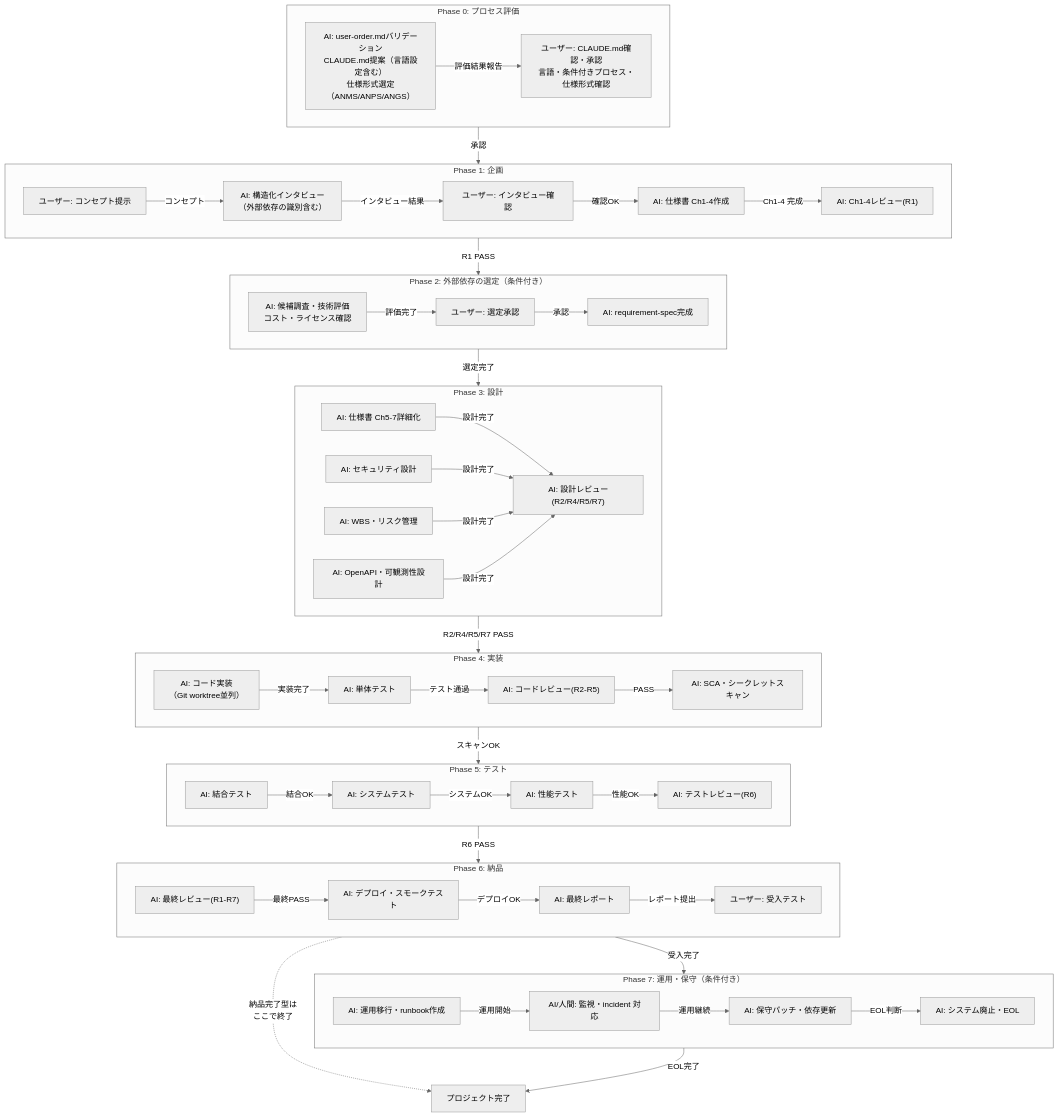
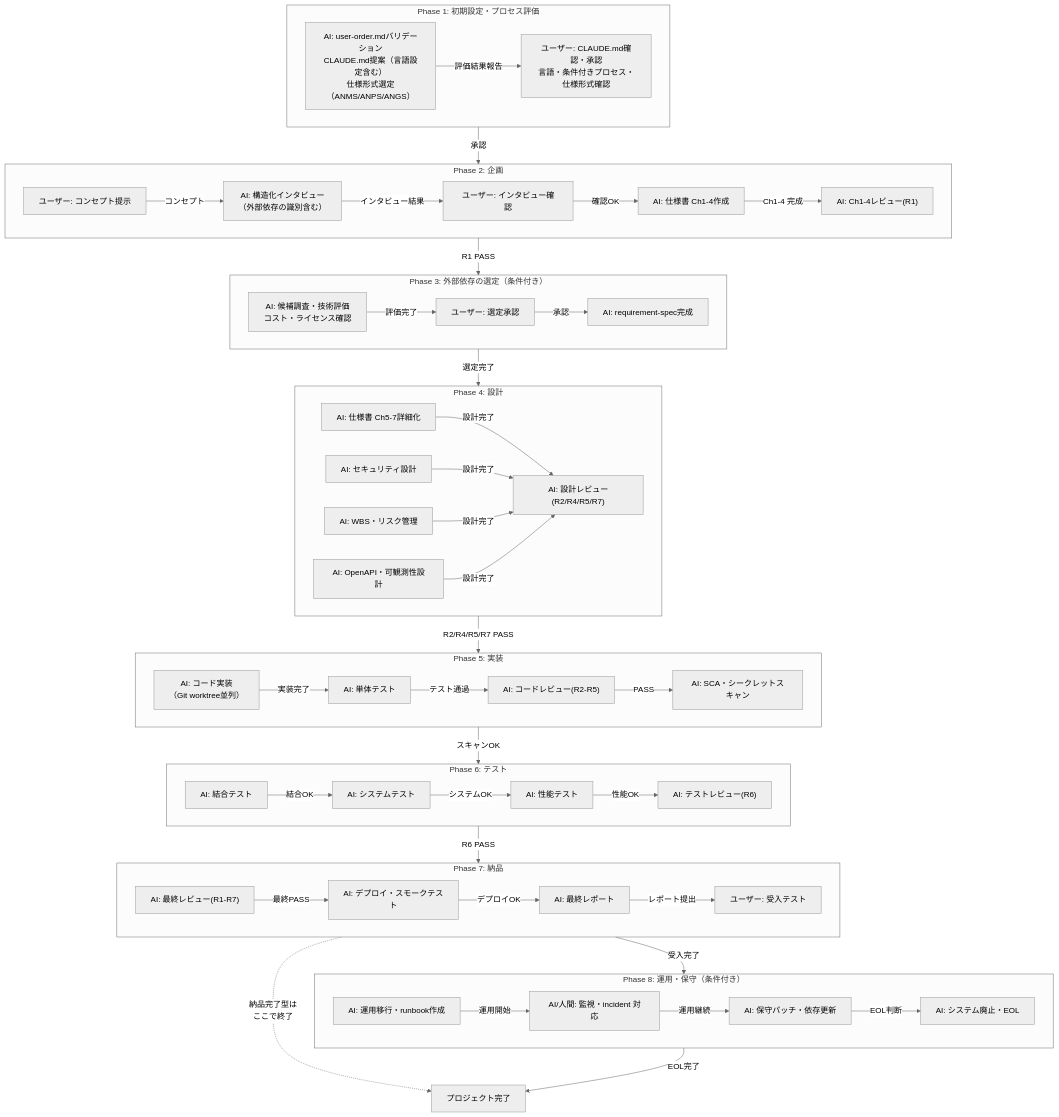
Before and after one commit to GoodRelax/gr-sw-maker: the second of 12 diagrams in framework-src/ja/process-rules/full-auto-dev-process-rules.md, drawn with Mermaid (neutral theme). The commit also changed other lines of this file and 31 other files, not shown here.

````diff
--- a/framework-src/ja/process-rules/full-auto-dev-process-rules.md
+++ b/framework-src/ja/process-rules/full-auto-dev-process-rules.md
@@ -246,12 +249,12 @@
 ```mermaid
 flowchart TD
-    subgraph Phase0["Phase 0: プロセス評価"]
+    subgraph Phase1["Phase 1: 初期設定・プロセス評価"]
         P0A["AI: user-order.mdバリデーション<br/>CLAUDE.md提案（言語設定含む）<br/>仕様形式選定（ANMS/ANPS/ANGS）"]
         P0B["ユーザー: CLAUDE.md確認・承認<br/>言語・条件付きプロセス・仕様形式確認"]
         P0A -->|"評価結果報告"| P0B
     end
 
-    subgraph Phase1["Phase 1: 企画"]
+    subgraph Phase2["Phase 2: 企画"]
         P1A["ユーザー: コンセプト提示"]
         P1H["AI: 構造化インタビュー<br/>（外部依存の識別含む）"]
         P1HU["ユーザー: インタビュー確認"]
@@ -263,7 +266,7 @@
         P1B -->|"Ch1-4 完成"| P1C
     end
 
-    subgraph Phase2["Phase 2: 外部依存の選定（条件付き）"]
+    subgraph Phase3["Phase 3: 外部依存の選定（条件付き）"]
         P2S1["AI: 候補調査・技術評価<br/>コスト・ライセンス確認"]
         P2S2["ユーザー: 選定承認"]
         P2S3["AI: requirement-spec完成"]
@@ -271,7 +274,7 @@
         P2S2 -->|"承認"| P2S3
     end
 
-    subgraph Phase3["Phase 3: 設計"]
+    subgraph Phase4["Phase 4: 設計"]
         P3DA["AI: 仕様書 Ch5-7詳細化"]
         P3DB["AI: セキュリティ設計"]
         P3DC["AI: WBS・リスク管理"]
@@ -283,7 +286,7 @@
         P3DE -->|"設計完了"| P3DD
     end
 
-    subgraph Phase4["Phase 4: 実装"]
+    subgraph Phase5["Phase 5: 実装"]
         P4A["AI: コード実装<br/>（Git worktree並列）"]
         P4B["AI: 単体テスト"]
         P4C["AI: コードレビュー(R2-R5)"]
@@ -293,7 +296,7 @@
         P4C -->|"PASS"| P4D
     end
 
-    subgraph Phase5["Phase 5: テスト"]
+    subgraph Phase6["Phase 6: テスト"]
         P5TA["AI: 結合テスト"]
         P5TB["AI: システムテスト"]
         P5TG["AI: 性能テスト"]
@@ -303,7 +306,7 @@
         P5TG -->|"性能OK"| P5TC
     end
 
-    subgraph Phase6["Phase 6: 納品"]
+    subgraph Phase7["Phase 7: 納品"]
         P6A["AI: 最終レビュー(R1-R7)"]
         P6B["AI: デプロイ・スモークテスト"]
         P6C["AI: 最終レポート"]
@@ -313,14 +316,14 @@
         P6C -->|"レポート提出"| P6D
     end
 
-    Phase0 -->|"承認"| Phase1
-    Phase1 -->|"R1 PASS"| Phase2
-    Phase2 -->|"選定完了"| Phase3
-    Phase3 -->|"R2/R4/R5/R7 PASS"| Phase4
-    Phase4 -->|"スキャンOK"| Phase5
-    Phase5 -->|"R6 PASS"| Phase6
+    Phase1 -->|"承認"| Phase2
+    Phase2 -->|"R1 PASS"| Phase3
+    Phase3 -->|"選定完了"| Phase4
+    Phase4 -->|"R2/R4/R5/R7 PASS"| Phase5
+    Phase5 -->|"スキャンOK"| Phase6
+    Phase6 -->|"R6 PASS"| Phase7
 
-    subgraph Phase7["Phase 7: 運用・保守（条件付き）"]
+    subgraph Phase8["Phase 8: 運用・保守（条件付き）"]
         P7A["AI: 運用移行・runbook作成"]
         P7B["AI/人間: 監視・incident 対応"]
         P7C["AI: 保守パッチ・依存更新"]
@@ -330,7 +333,7 @@
         P7C -->|"EOL判断"| P7D
     end
 
-    Phase6 -->|"受入完了"| Phase7
-    Phase6 -.->|"納品完了型は<br/>ここで終了"| End["プロジェクト完了"]
-    Phase7 -->|"EOL完了"| End
+    Phase7 -->|"受入完了"| Phase8
+    Phase7 -.->|"納品完了型は<br/>ここで終了"| End["プロジェクト完了"]
+    Phase8 -->|"EOL完了"| End
 ```
````
